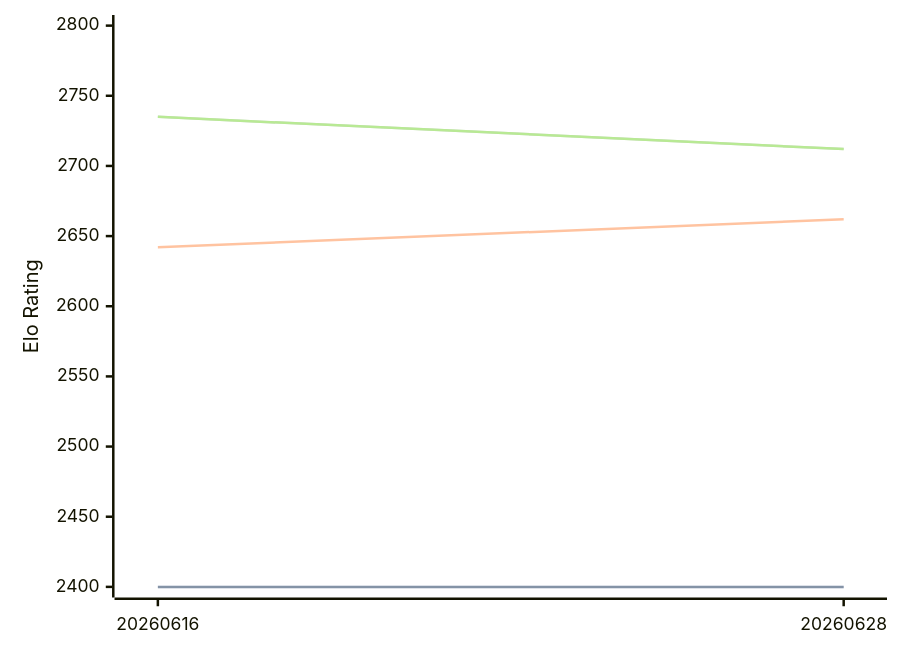
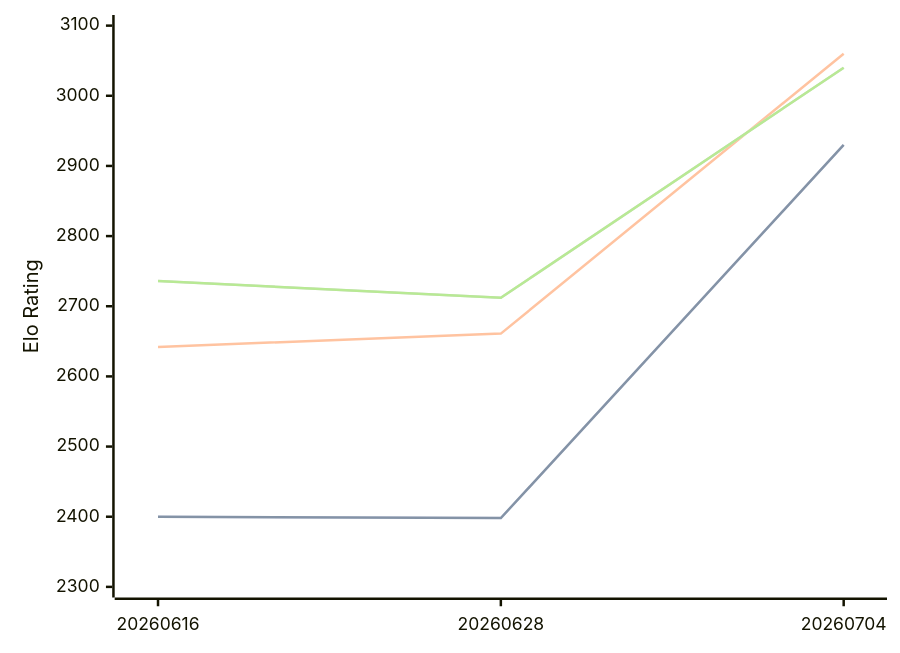
The first of 3 diagrams in engines/Askaig.md (computer-chess-index/cci), drawn with Mermaid before and after one commit. The commit also changed other lines of this file, not shown here.

Commit message:
Update CCI Ratings (ELO VLTC) - 2026-07-08

````diff
--- a/engines/Askaig.md
+++ b/engines/Askaig.md
@@ -35,11 +35,11 @@
 ```mermaid
 %%{init: {"theme":"base","themeVariables":{"seriesColors:['#a3a3a3','#222221','#faa371']}}}%%
 xychart-beta
-  x-axis ["20260616", "20260628"]
-  y-axis "Elo Rating" 2400 --> 2800
-  line "STC (8.0+0.08s)" [2400, 2400]
-  line "STC (8.0+0.08s)" [2400, 2400]
-  line "LTC (60.0+0.60s)" [2642, 2662]
-  line "VLTC (2m24s+1.12s)" [2735, 2712]
-  line "VLTC (2m24s+1.12s)" [2735, 2712]
+  x-axis ["20260616", "20260628", "20260704"]
+  y-axis "Elo Rating" 2300 --> 3100
+  line "STC (8.0+0.08s)" [2400, 2398, 2930]
+  line "STC (8.0+0.08s)" [2400, 2398, 2930]
+  line "LTC (60.0+0.60s)" [2642, 2661, 3060]
+  line "VLTC (2m24s+1.12s)" [2736, 2712, 3040]
+  line "VLTC (2m24s+1.12s)" [2736, 2712, 3040]
 ```
````
